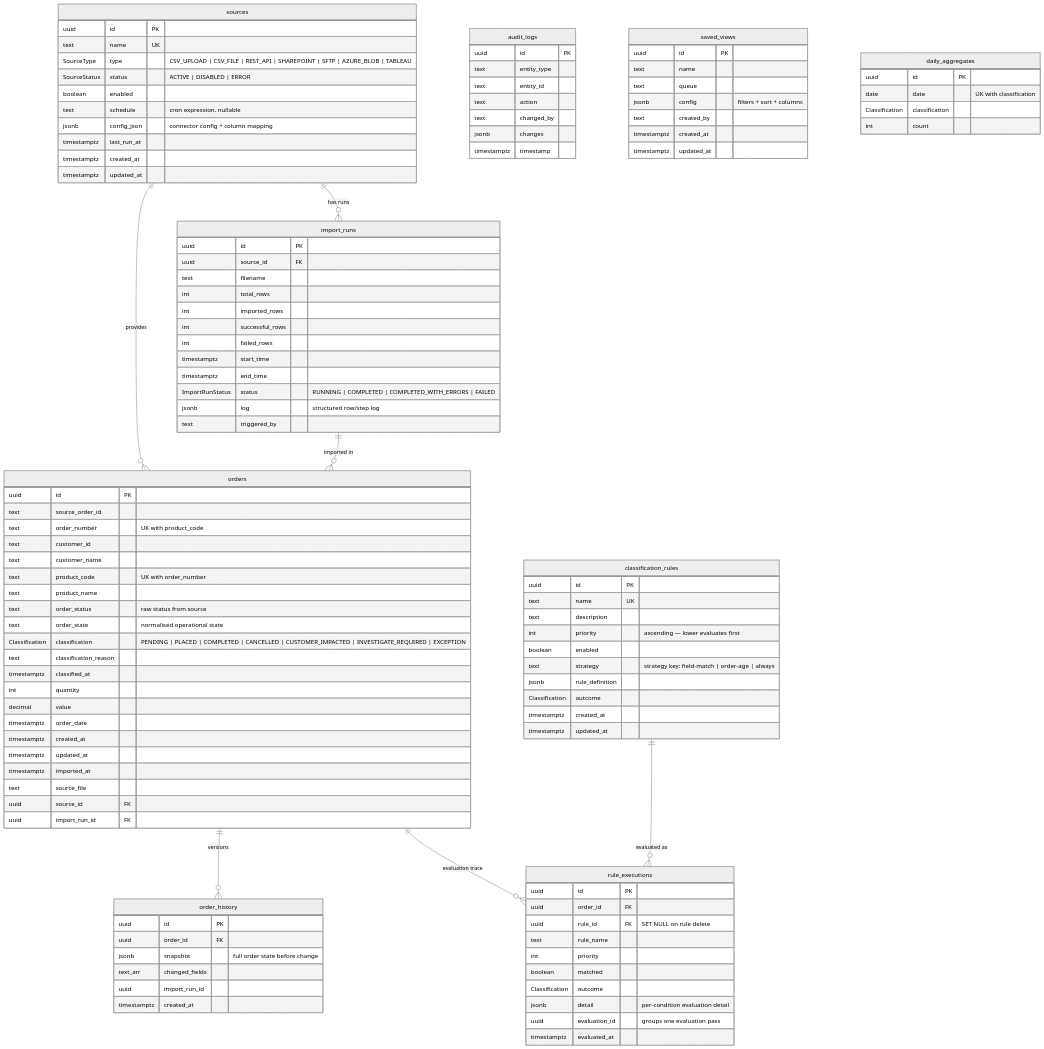
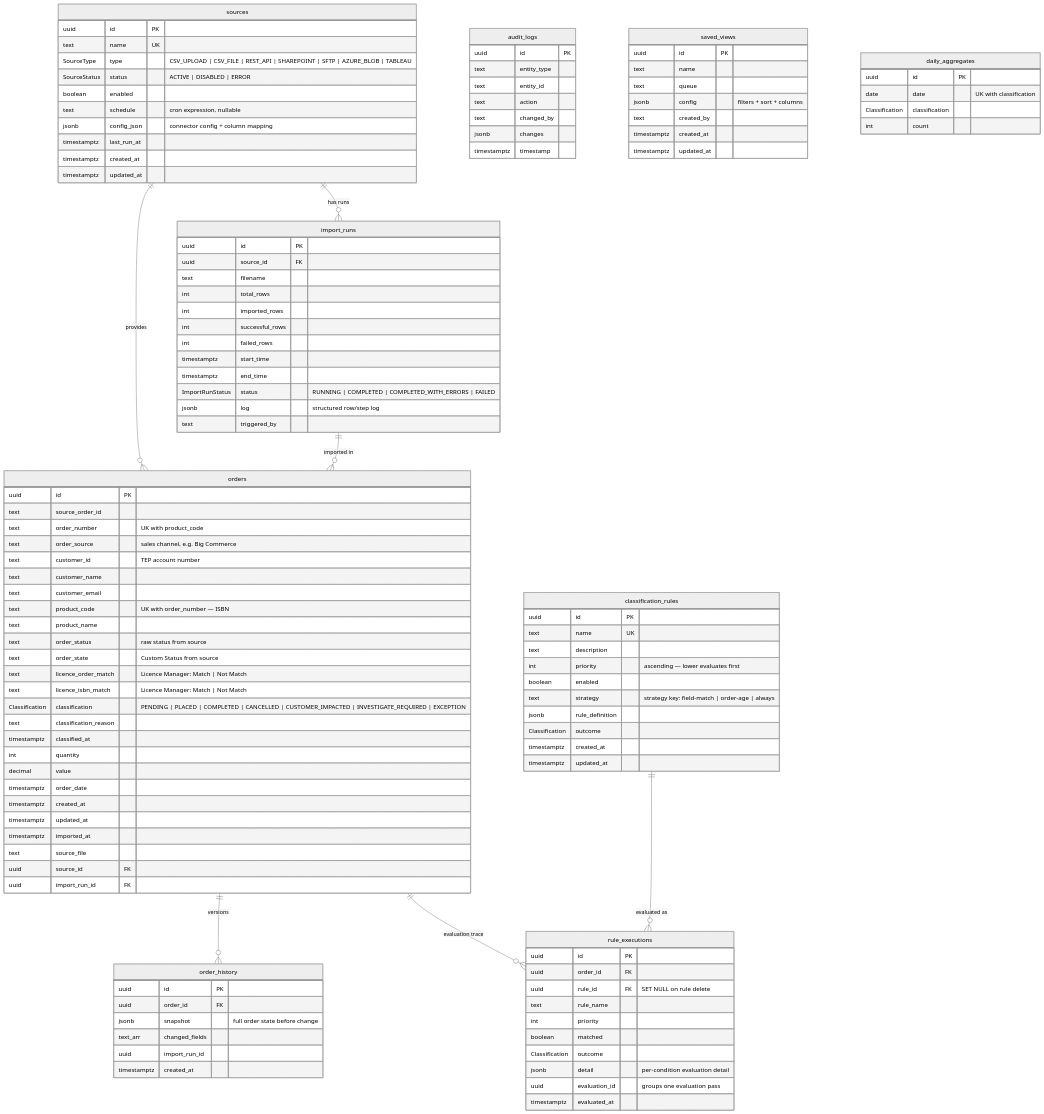
The diagram in docs/erd.md (ragpark/controltower), drawn with Mermaid (neutral theme) before and after one commit. The commit also changed other lines of this file and 26 other files, not shown here.

First line of the commit message:
Align order model and sample data to the ActiveHub export schema

```diff
--- a/docs/erd.md
+++ b/docs/erd.md
@@ -44,12 +44,16 @@
         uuid id PK
         text source_order_id
         text order_number "UK with product_code"
-        text customer_id
+        text order_source "sales channel, e.g. Big Commerce"
+        text customer_id "TEP account number"
         text customer_name
-        text product_code "UK with order_number"
+        text customer_email
+        text product_code "UK with order_number — ISBN"
         text product_name
         text order_status "raw status from source"
-        text order_state "normalised operational state"
+        text order_state "Custom Status from source"
+        text licence_order_match "Licence Manager: Match | Not Match"
+        text licence_isbn_match "Licence Manager: Match | Not Match"
         Classification classification "PENDING | PLACED | COMPLETED | CANCELLED | CUSTOMER_IMPACTED | INVESTIGATE_REQUIRED | EXCEPTION"
         text classification_reason
         timestamptz classified_at
```
